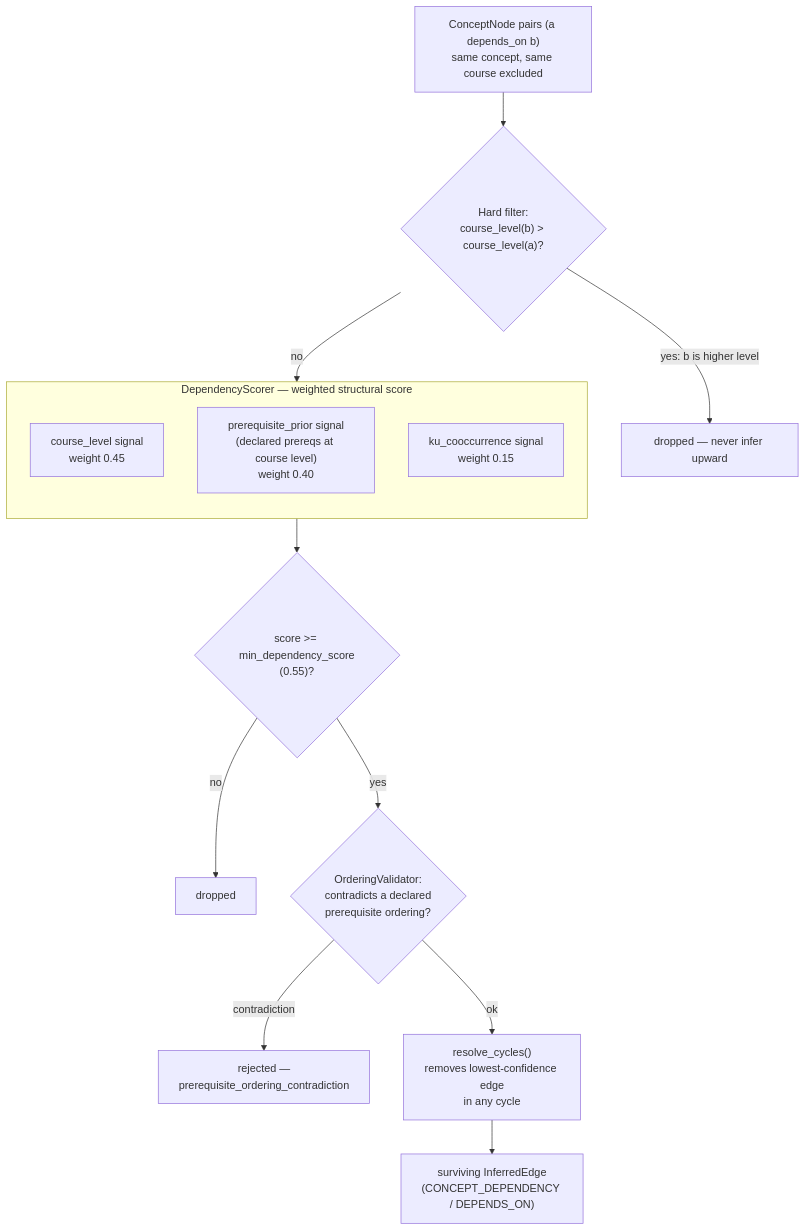
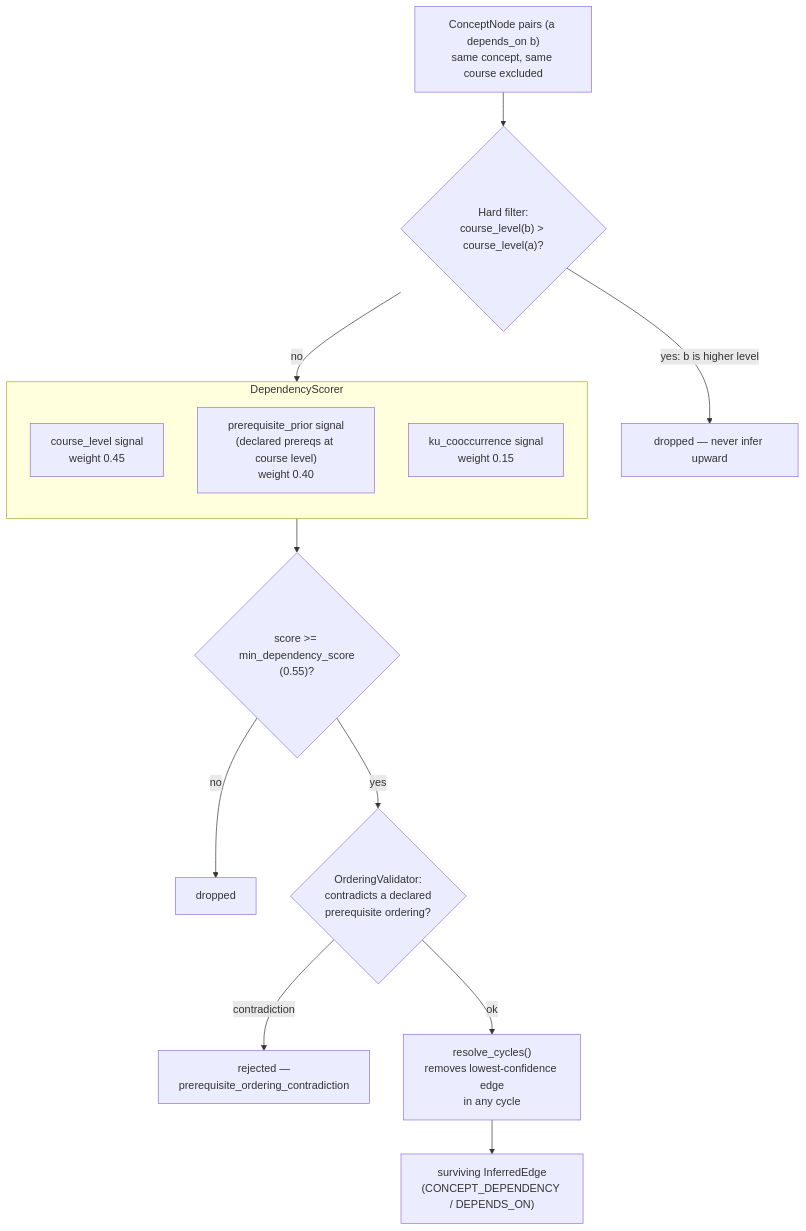
One commit to gpazevedo/granular changed the second of 5 diagrams in SYSTEM_OVERVIEW.md. Above: the diagram before and after it, drawn with Mermaid. The commit also changed other lines of this file and 6 other files, not shown here.

````diff
--- a/SYSTEM_OVERVIEW.md
+++ b/SYSTEM_OVERVIEW.md
@@ -200,22 +118,22 @@
 ```mermaid
 flowchart TD
-    CN["ConceptNode pairs (a depends_on b)\nsame concept, same course excluded"] --> HF
+    CN["ConceptNode pairs (a depends_on b)<br/>same concept, same course excluded"] --> HF
 
-    HF{"Hard filter:\ncourse_level(b) > course_level(a)?"}
+    HF{"Hard filter:<br/>course_level(b) > course_level(a)?"}
     HF -->|yes: b is higher level| DROP1["dropped — never infer upward"]
     HF -->|no| SCORE
 
-    subgraph SCORE["DependencyScorer — weighted structural score"]
+    subgraph SCORE["DependencyScorer"]
         direction TB
-        SIG1["course_level signal\nweight 0.45"]
-        SIG2["prerequisite_prior signal\n(declared prereqs at course level)\nweight 0.40"]
-        SIG3["ku_cooccurrence signal\nweight 0.15"]
+        SIG1["course_level signal<br/>weight 0.45"]
+        SIG2["prerequisite_prior signal<br/>(declared prereqs at course level)<br/>weight 0.40"]
+        SIG3["ku_cooccurrence signal<br/>weight 0.15"]
     end
 
-    SCORE --> TH{"score >= min_dependency_score\n(0.55)?"}
+    SCORE --> TH{"score >= min_dependency_score<br/>(0.55)?"}
     TH -->|no| DROP2["dropped"]
-    TH -->|yes| ORD{"OrderingValidator:\ncontradicts a declared\nprerequisite ordering?"}
-    ORD -->|contradiction| DROP3["rejected —\nprerequisite_ordering_contradiction"]
-    ORD -->|ok| CYC["resolve_cycles()\nremoves lowest-confidence edge\nin any cycle"]
-    CYC --> OUT["surviving InferredEdge\n(CONCEPT_DEPENDENCY / DEPENDS_ON)"]
+    TH -->|yes| ORD{"OrderingValidator:<br/>contradicts a declared<br/>prerequisite ordering?"}
+    ORD -->|contradiction| DROP3["rejected —<br/>prerequisite_ordering_contradiction"]
+    ORD -->|ok| CYC["resolve_cycles()<br/>removes lowest-confidence edge<br/>in any cycle"]
+    CYC --> OUT["surviving InferredEdge<br/>(CONCEPT_DEPENDENCY / DEPENDS_ON)"]
 ```
````
